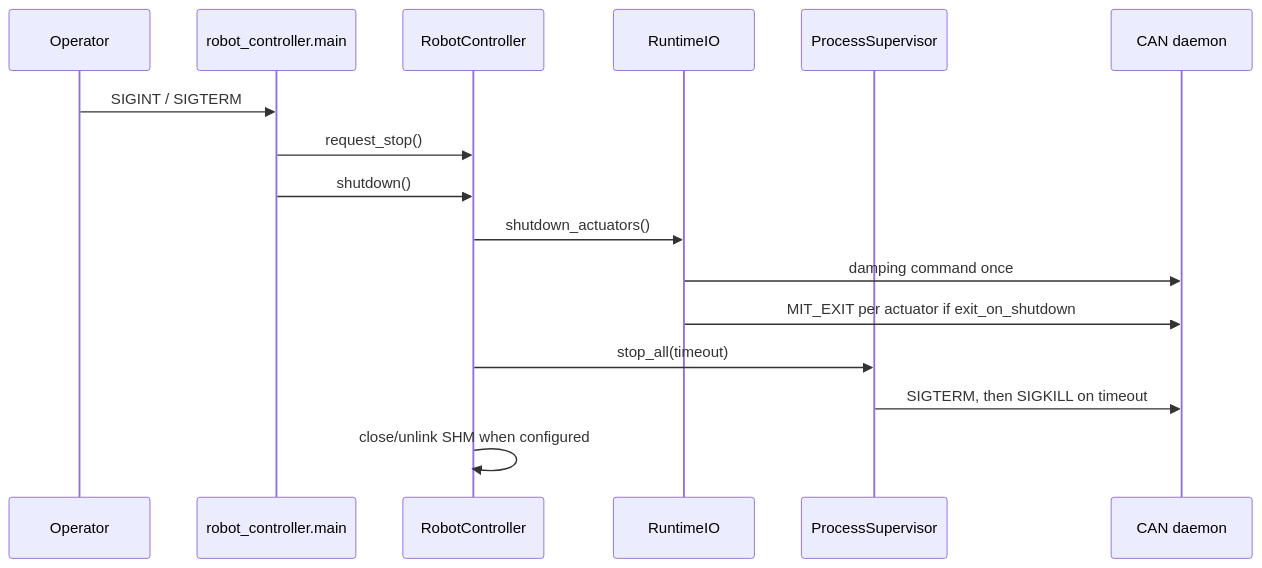
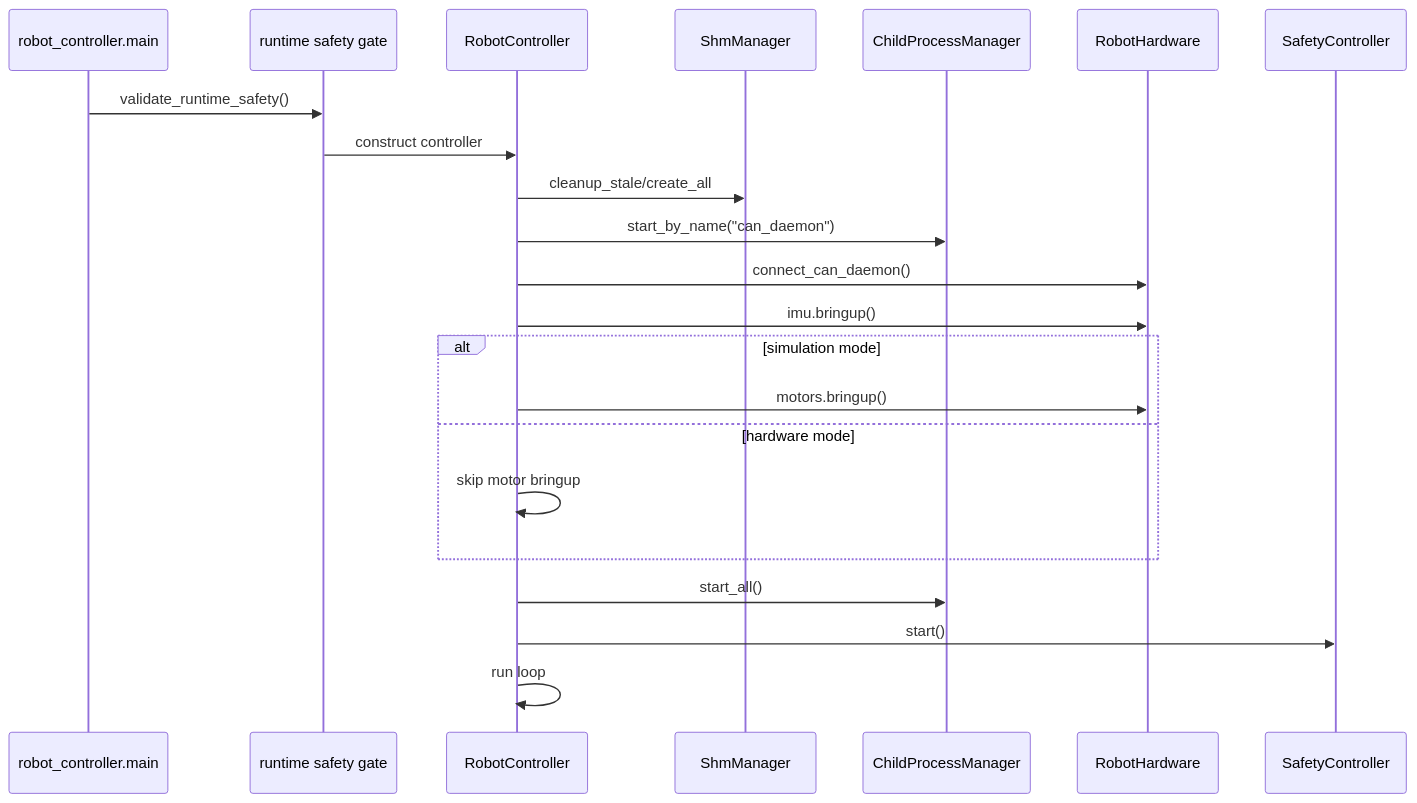
One commit to likesweetie/QHRR0-control changed the first of 2 diagrams in docs/RUNBOOK.md. Above: the diagram before and after it, drawn with Mermaid. The commit also changed other lines of this file and 437 other files, not shown here.

````diff
--- a/docs/RUNBOOK.md
+++ b/docs/RUNBOOK.md
@@ -101,19 +56,25 @@
 ```mermaid
 sequenceDiagram
-    participant Op as Operator
     participant Main as robot_controller.main
+    participant Gate as runtime safety gate
     participant RC as RobotController
-    participant IO as RuntimeIO
-    participant Sup as ProcessSupervisor
-    participant CAN as CAN daemon
+    participant SHM as ShmManager
+    participant Proc as ChildProcessManager
+    participant HW as RobotHardware
+    participant Safety as SafetyController
 
-    Op->>Main: SIGINT / SIGTERM
-    Main->>RC: request_stop()
-    Main->>RC: shutdown()
-    RC->>IO: shutdown_actuators()
-    IO->>CAN: damping command once
-    IO->>CAN: MIT_EXIT per actuator if exit_on_shutdown
-    RC->>Sup: stop_all(timeout)
-    Sup->>CAN: SIGTERM, then SIGKILL on timeout
-    RC->>RC: close/unlink SHM when configured
+    Main->>Gate: validate_runtime_safety()
+    Gate->>RC: construct controller
+    RC->>SHM: cleanup_stale/create_all
+    RC->>Proc: start_by_name("can_daemon")
+    RC->>HW: connect_can_daemon()
+    RC->>HW: imu.bringup()
+    alt simulation mode
+        RC->>HW: motors.bringup()
+    else hardware mode
+        RC->>RC: skip motor bringup
+    end
+    RC->>Proc: start_all()
+    RC->>Safety: start()
+    RC->>RC: run loop
 ```
````
